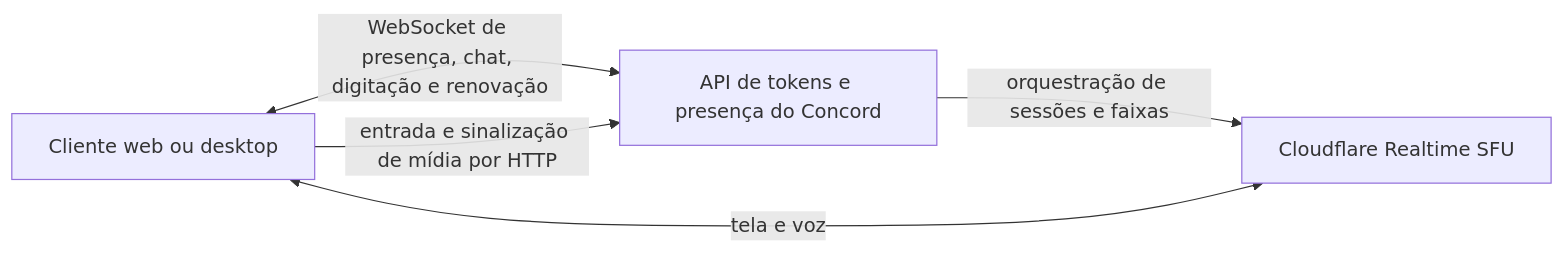
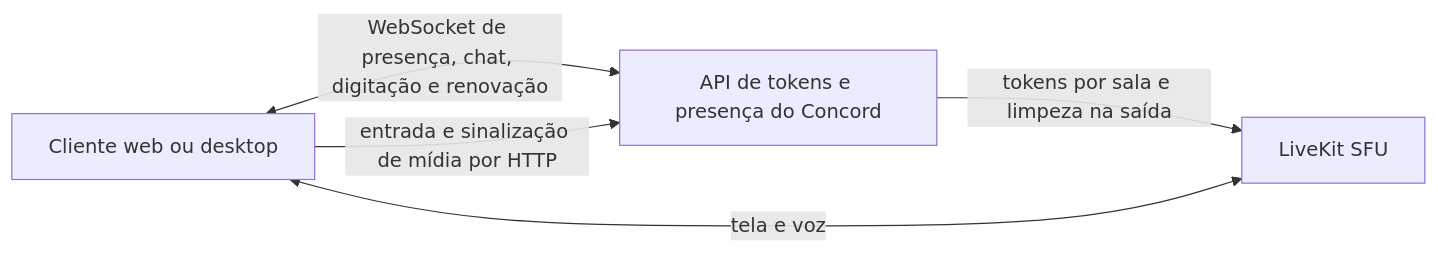
The diagram in README.pt-BR.md (Jovem-Blood/Concord), drawn with Mermaid before and after one commit. The commit also changed other lines of this file and 28 other files, not shown here.

Commit message:
feat: integrate LiveKit Cloud media transport

````diff
--- a/README.pt-BR.md
+++ b/README.pt-BR.md
@@ -64,11 +64,11 @@
 ```mermaid
 flowchart LR
   Client[Cliente web ou desktop]
   API[API de tokens e presença do Concord]
-  SFU[Cloudflare Realtime SFU]
+  SFU[LiveKit SFU]
 
   Client <-->|WebSocket de presença, chat, digitação e renovação| API
   Client -->|entrada e sinalização de mídia por HTTP| API
-  API -->|orquestração de sessões e faixas| SFU
+  API -->|tokens por sala e limpeza na saída| SFU
   Client <-->|tela e voz| SFU
 ```
````
